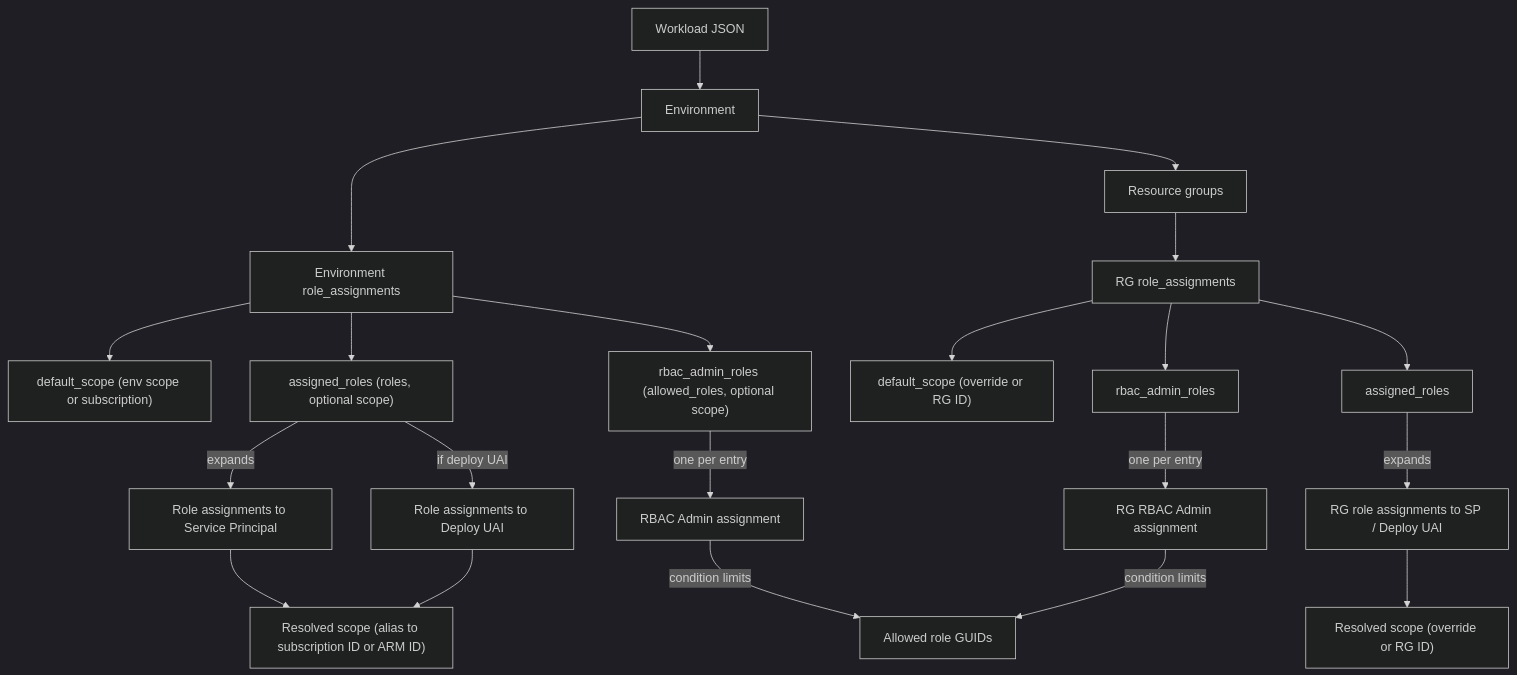
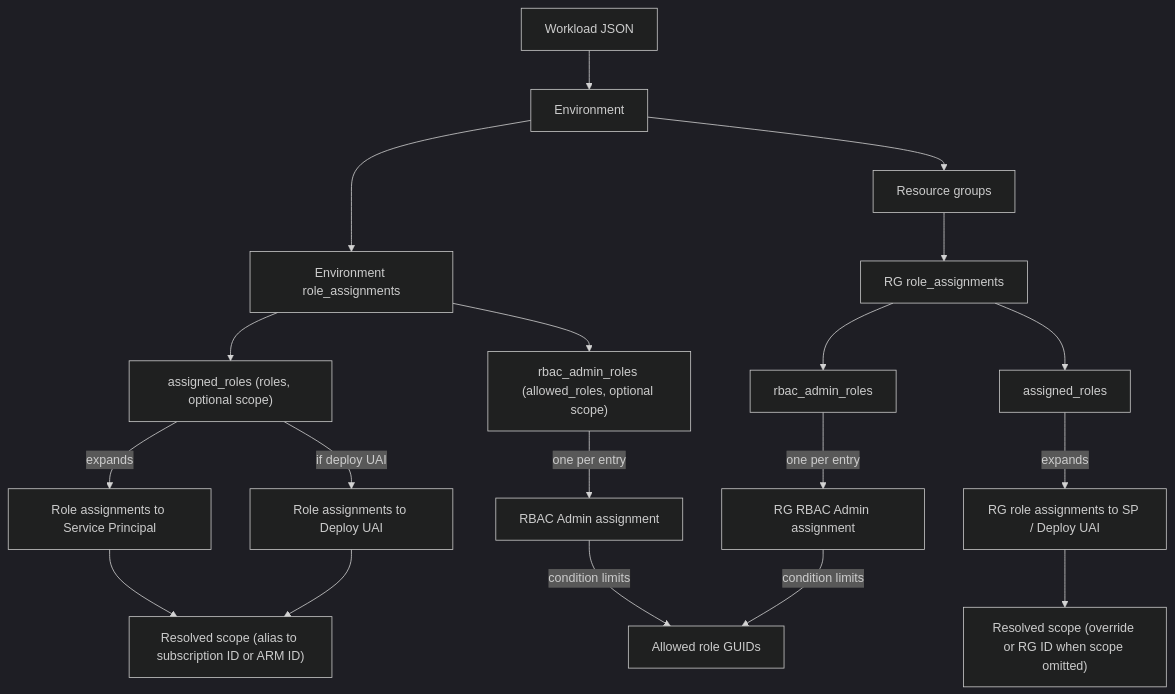
Before and after one commit to frasermolyneux/platform-workloads: the diagram in docs/role-assignments.md, drawn with Mermaid (dark theme). The commit also changed other lines of this file and 25 other files, not shown here.

````diff
--- a/docs/role-assignments.md
+++ b/docs/role-assignments.md
@@ -77,24 +74,22 @@
 ```mermaid
 graph TD
   W[Workload JSON] --> E[Environment]
   E --> RA[Environment role_assignments]
-  RA --> DS["default_scope (env scope or subscription)"]
   RA --> AR["assigned_roles (roles, optional scope)"]
   RA --> RB["rbac_admin_roles (allowed_roles, optional scope)"]
   AR -->|expands| RAE["Role assignments to Service Principal"]
   AR -->|if deploy UAI| RAD["Role assignments to Deploy UAI"]
   RAE --> SCOPE1["Resolved scope (alias to subscription ID or ARM ID)"]
   RAD --> SCOPE1
   RB -->|one per entry| RBA["RBAC Admin assignment"]
   RBA -->|condition limits| ALLOWED["Allowed role GUIDs"]
 
   E --> RG[Resource groups]
   RG --> RRA[RG role_assignments]
-  RRA --> RDS["default_scope (override or RG ID)"]
   RRA --> RAR[assigned_roles]
   RRA --> RRB[rbac_admin_roles]
   RAR -->|expands| RGRA["RG role assignments to SP / Deploy UAI"]
-  RGRA --> SCOPE2["Resolved scope (override or RG ID)"]
+  RGRA --> SCOPE2["Resolved scope (override or RG ID when scope omitted)"]
   RRB -->|one per entry| RGRBA["RG RBAC Admin assignment"]
   RGRBA -->|condition limits| ALLOWED
 ```
````
